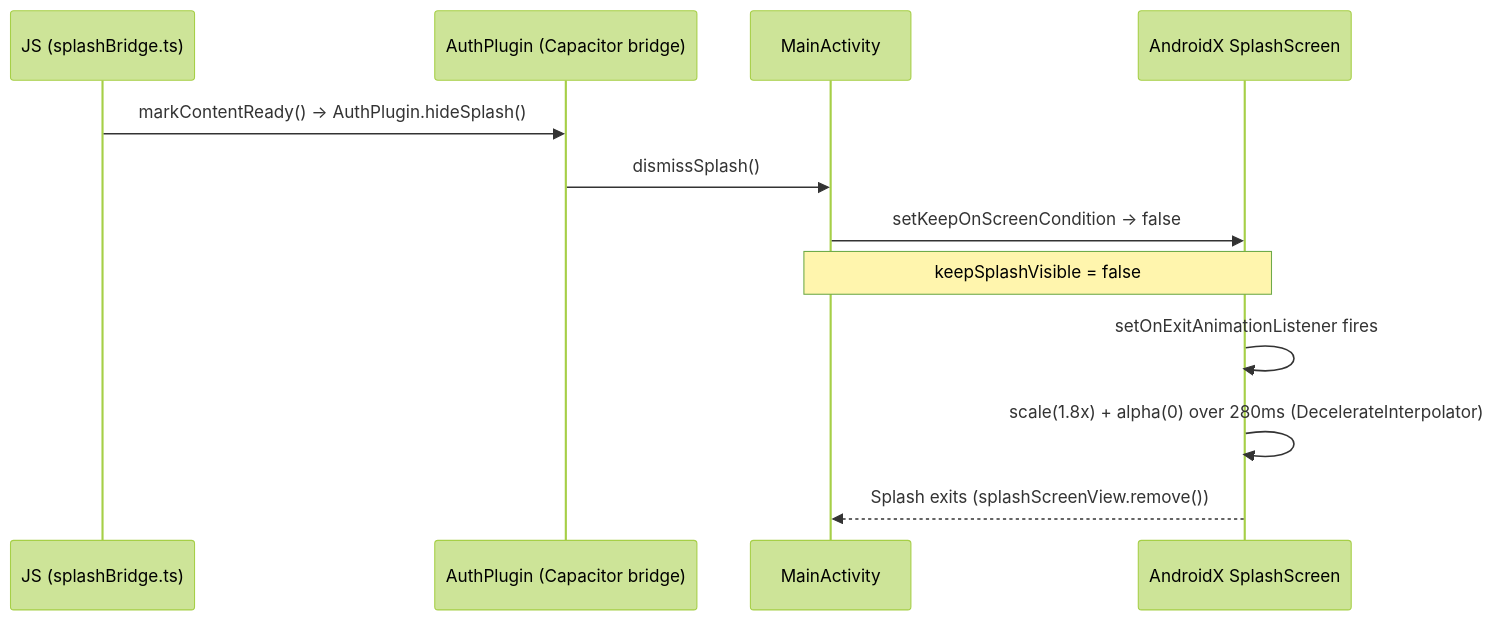
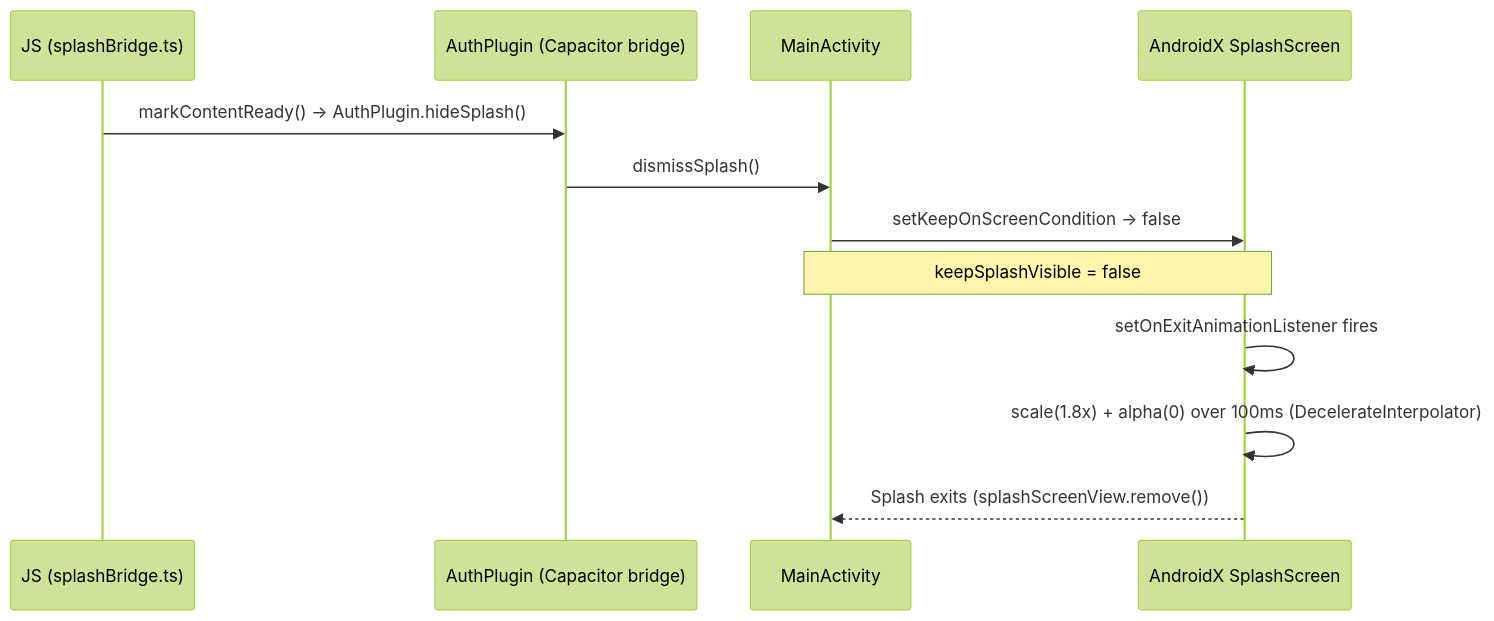
Before and after one commit to a1121611810/Pictelio: the second of 2 diagrams in openwiki/integrations/android-native.md, drawn with Mermaid (forest theme). The commit also changed other lines of this file and 5 other files, not shown here.

````diff
--- a/openwiki/integrations/android-native.md
+++ b/openwiki/integrations/android-native.md
@@ -102,15 +102,15 @@
 ```mermaid
 sequenceDiagram
     participant JS as JS (splashBridge.ts)
     participant AP as AuthPlugin (Capacitor bridge)
     participant MA as MainActivity
     participant SS as AndroidX SplashScreen
 
     JS->>AP: markContentReady() → AuthPlugin.hideSplash()
     AP->>MA: dismissSplash()
     MA->>SS: setKeepOnScreenCondition → false
     Note over MA,SS: keepSplashVisible = false
     SS->>SS: setOnExitAnimationListener fires
-    SS->>SS: scale(1.8x) + alpha(0) over 280ms (DecelerateInterpolator)
+    SS->>SS: scale(1.8x) + alpha(0) over 100ms (DecelerateInterpolator)
     SS-->>MA: Splash exits (splashScreenView.remove())
 ```
````
